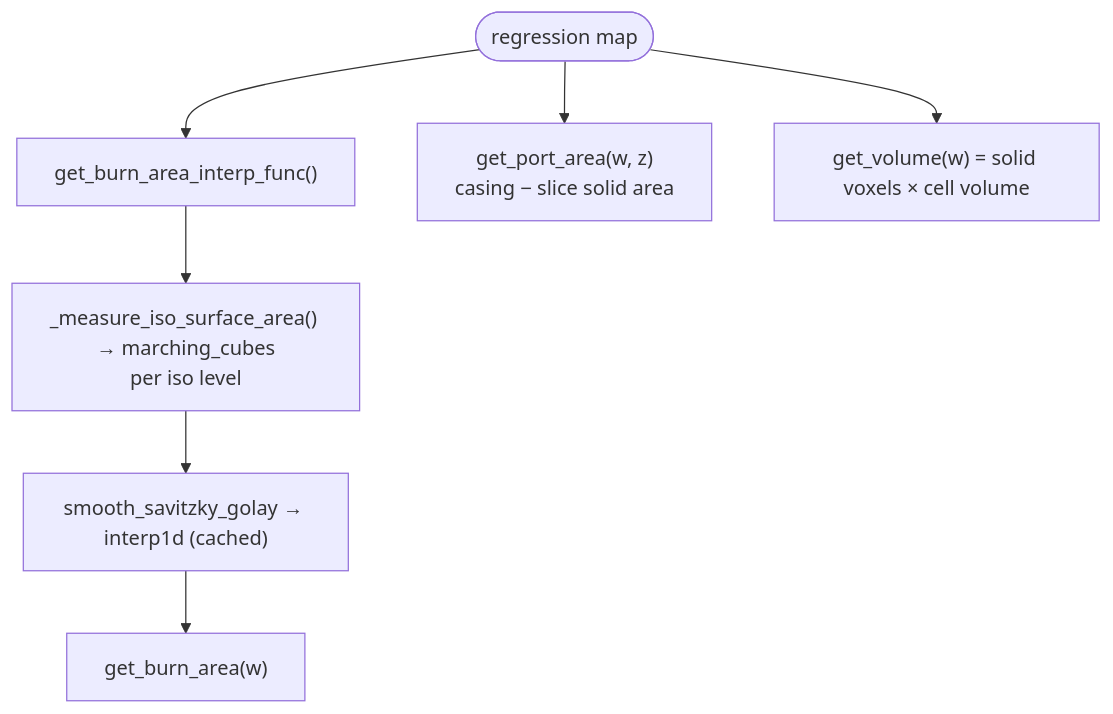
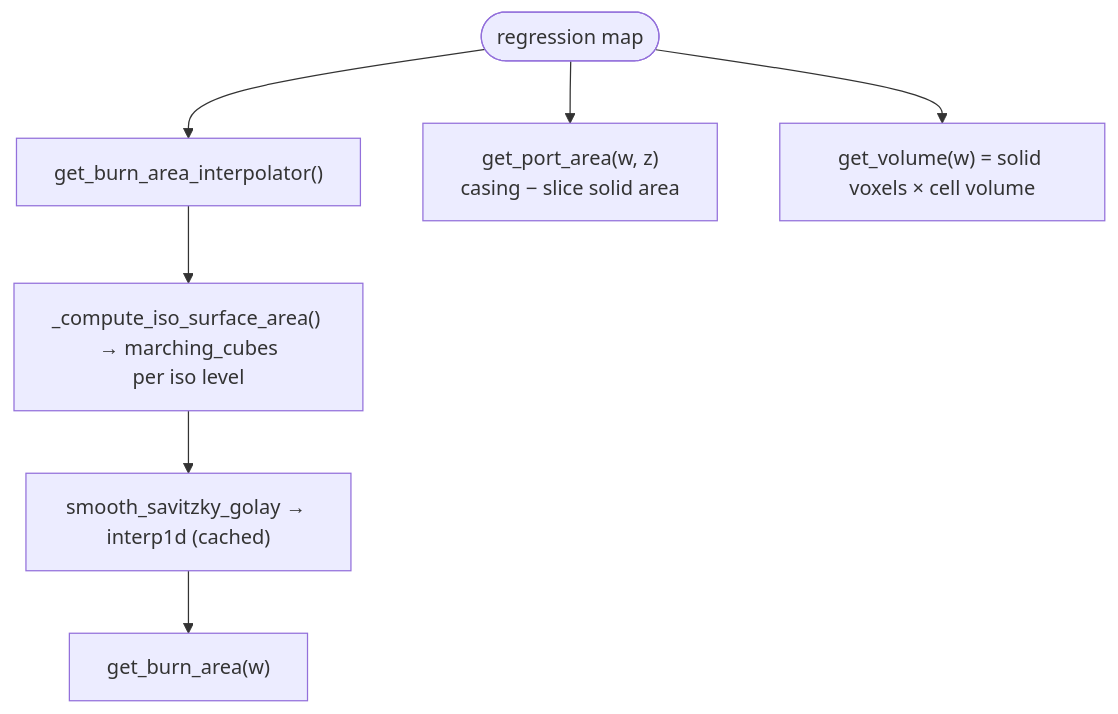
The third of 3 diagrams in docs/theory/grain_regression.md (felipebogaertsm/machwave), drawn with Mermaid before and after one commit. The commit also changed other lines of this file and 27 other files, not shown here.

````diff
--- a/docs/theory/grain_regression.md
+++ b/docs/theory/grain_regression.md
@@ -233,9 +233,9 @@
 ```mermaid
 flowchart TB
-    R(["regression map"]) --> BA["get_burn_area_interp_func()"]
-    BA --> MC["_measure_iso_surface_area() → marching_cubes<br/>per iso level"]
+    R(["regression map"]) --> BA["get_burn_area_interpolator()"]
+    BA --> MC["_compute_iso_surface_area() → marching_cubes<br/>per iso level"]
     MC --> SG["smooth_savitzky_golay → interp1d (cached)"]
     SG --> BR["get_burn_area(w)"]
     R --> PA["get_port_area(w, z)<br/>casing − slice solid area"]
     R --> VO["get_volume(w) = solid voxels × cell volume"]
 ```
````
